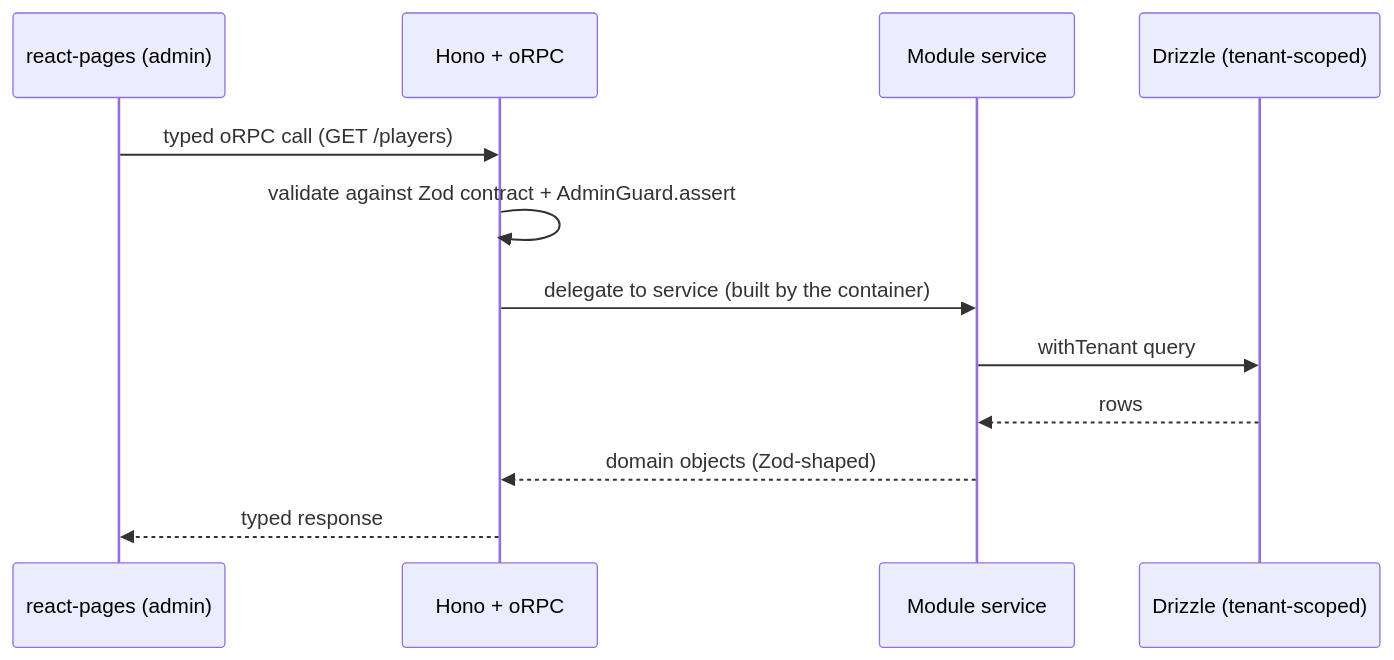
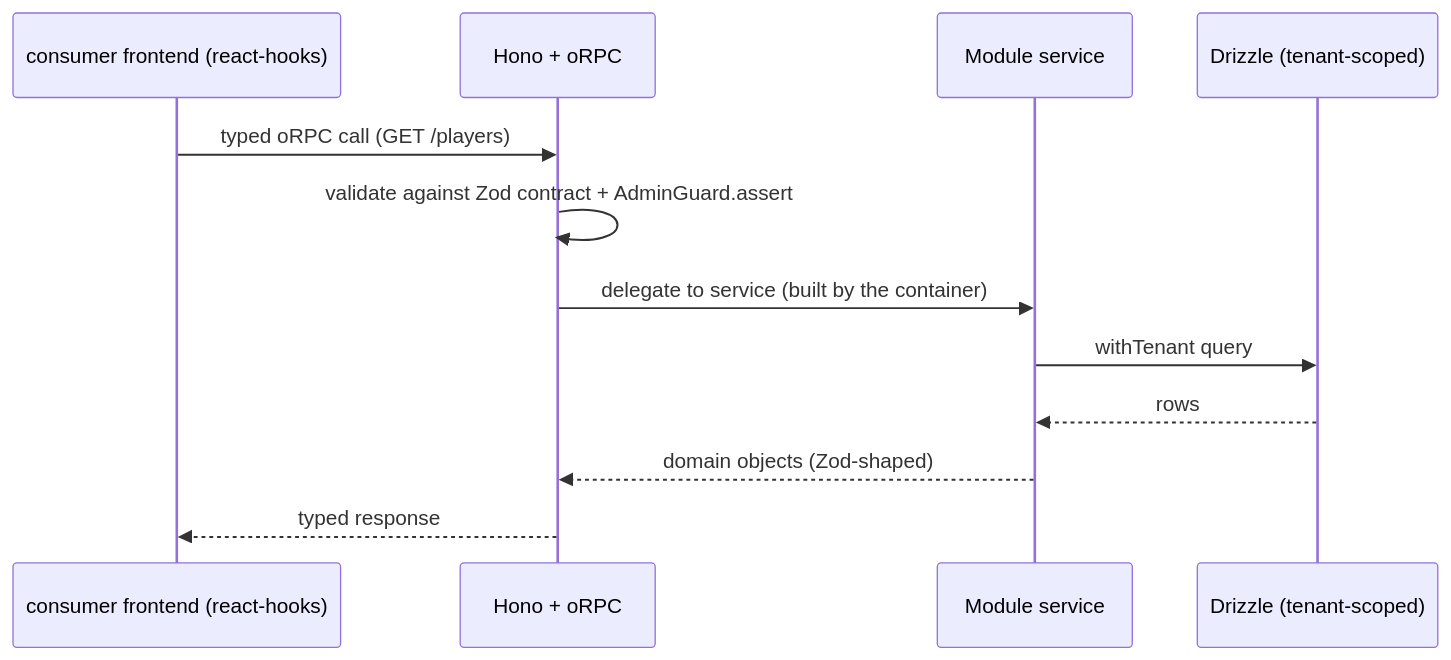
One commit to blurifycom/openora changed the second of 2 diagrams in docs/architecture.md. Above: the diagram before and after it, drawn with Mermaid. The commit also changed other lines of this file and 163 other files, not shown here.

First line of the commit message:
chore: remove react-pages/react-blocks SDK layer + reference frontends

````diff
--- a/docs/architecture.md
+++ b/docs/architecture.md
@@ -151,15 +139,15 @@
 ```mermaid
 sequenceDiagram
-  participant UI as react-pages (admin)
+  participant UI as consumer frontend (react-hooks)
   participant API as Hono + oRPC
   participant Mod as Module service
   participant DB as Drizzle (tenant-scoped)
 
   UI->>API: typed oRPC call (GET /players)
   API->>API: validate against Zod contract + AdminGuard.assert
   API->>Mod: delegate to service (built by the container)
   Mod->>DB: withTenant query
   DB-->>Mod: rows
   Mod-->>API: domain objects (Zod-shaped)
   API-->>UI: typed response
 ```
````
